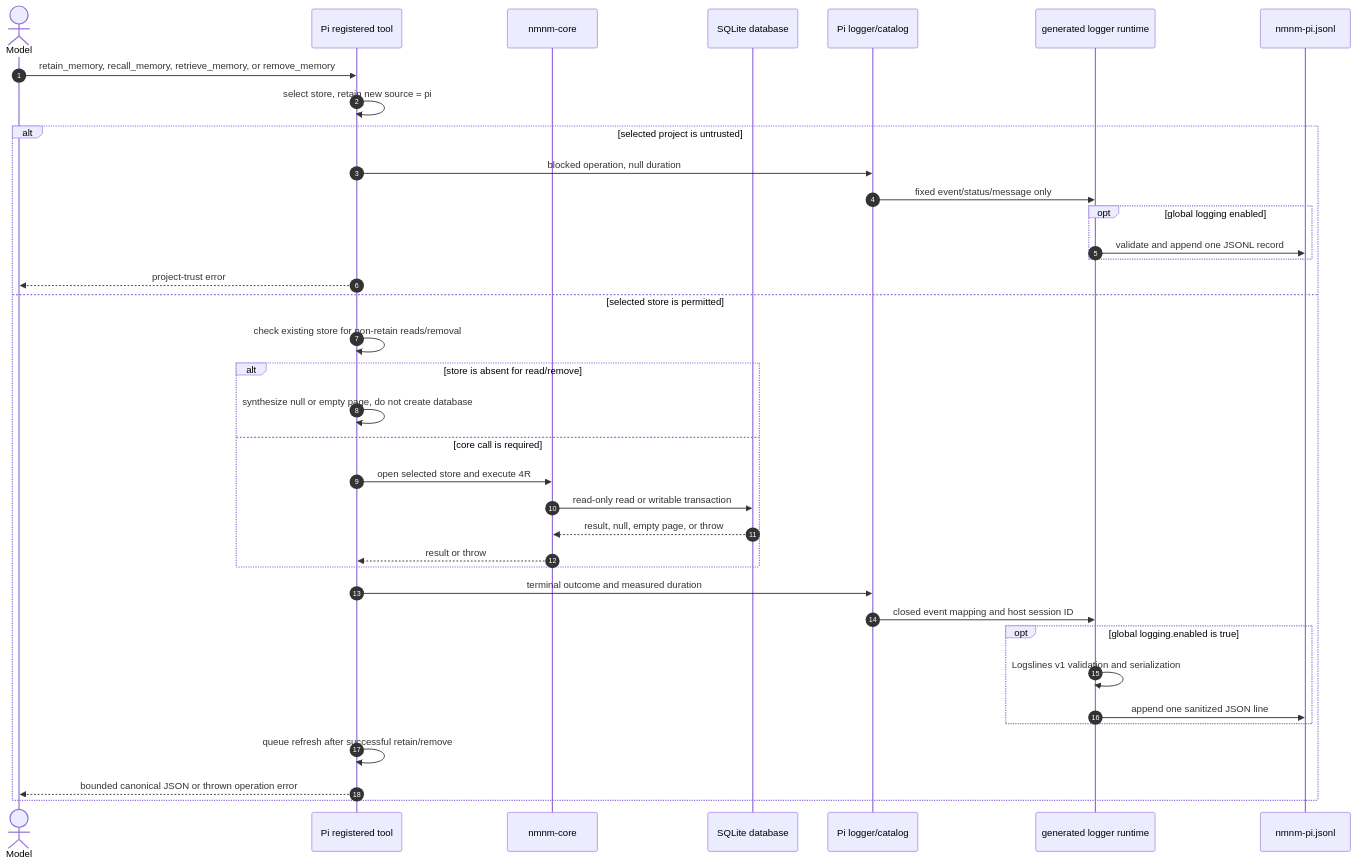
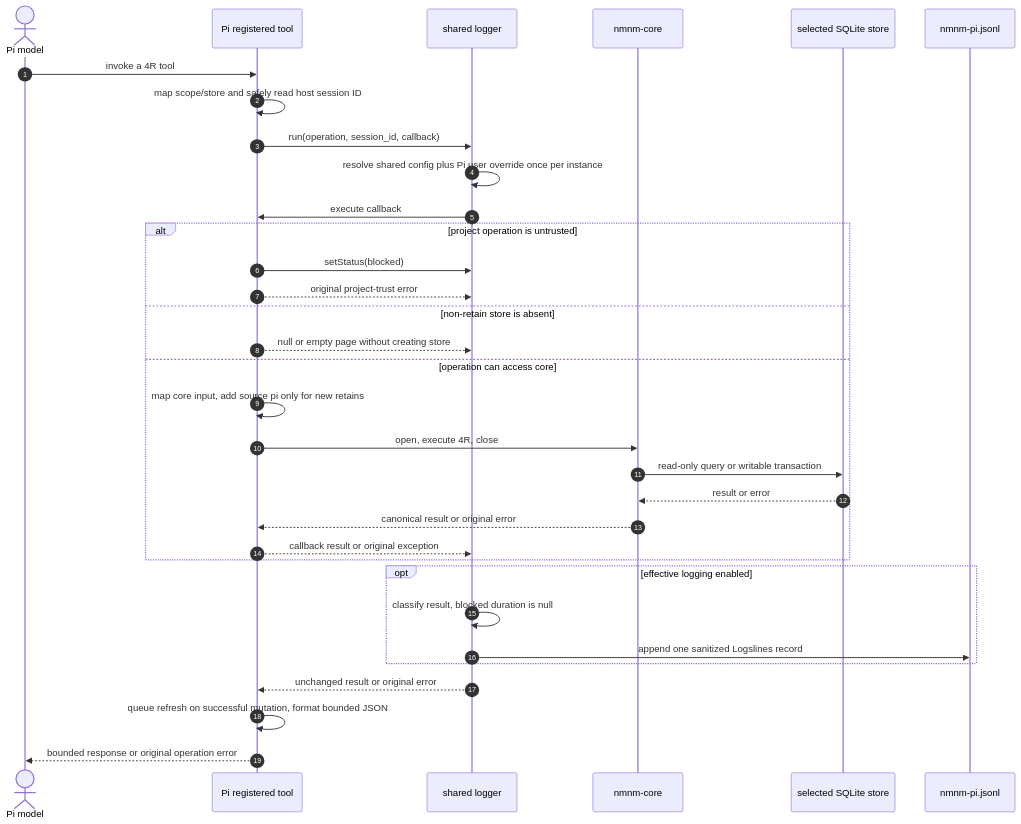
Before and after one commit to linellazatin/nanomneme: the third of 6 diagrams in docs/SEQUENCE_MEMORY_HANDLING.md, drawn with Mermaid. The commit also changed other lines of this file and 14 other files, not shown here.

````diff
--- a/docs/SEQUENCE_MEMORY_HANDLING.md
+++ b/docs/SEQUENCE_MEMORY_HANDLING.md
@@ -125,41 +122,36 @@
 ```mermaid
 sequenceDiagram
   autonumber
-  actor Model
+  actor Model as Pi model
   participant Tool as Pi registered tool
+  participant Logger as shared logger
   participant Core as nmnm-core
-  participant DB as SQLite database
-  participant Logger as Pi logger/catalog
-  participant Runtime as generated logger runtime
+  participant DB as selected SQLite store
   participant Log as nmnm-pi.jsonl
 
-  Model->>Tool: retain_memory, recall_memory, retrieve_memory, or remove_memory
-  Tool->>Tool: select store, retain new source = pi
-
-  alt selected project is untrusted
-    Tool->>Logger: blocked operation, null duration
-    Logger->>Runtime: fixed event/status/message only
-    opt global logging enabled
-      Runtime->>Log: validate and append one JSONL record
-    end
-    Tool-->>Model: project-trust error
-  else selected store is permitted
-    Tool->>Tool: check existing store for non-retain reads/removal
-    alt store is absent for read/remove
-      Tool->>Tool: synthesize null or empty page, do not create database
-    else core call is required
-      Tool->>Core: open selected store and execute 4R
-      Core->>DB: read-only read or writable transaction
-      DB-->>Core: result, null, empty page, or throw
-      Core-->>Tool: result or throw
-    end
-    Tool->>Logger: terminal outcome and measured duration
-    Logger->>Runtime: closed event mapping and host session ID
-    opt global logging.enabled is true
-      Runtime->>Runtime: Logslines v1 validation and serialization
-      Runtime->>Log: append one sanitized JSON line
-    end
-    Tool->>Tool: queue refresh after successful retain/remove
-    Tool-->>Model: bounded canonical JSON or thrown operation error
+  Model->>Tool: invoke a 4R tool
+  Tool->>Tool: map scope/store and safely read host session ID
+  Tool->>Logger: run(operation, session_id, callback)
+  Logger->>Logger: resolve shared config plus Pi user override once per instance
+  Logger->>Tool: execute callback
+  alt project operation is untrusted
+    Tool->>Logger: setStatus(blocked)
+    Tool-->>Logger: original project-trust error
+  else non-retain store is absent
+    Tool-->>Logger: null or empty page without creating store
+  else operation can access core
+    Tool->>Tool: map core input, add source pi only for new retains
+    Tool->>Core: open, execute 4R, close
+    Core->>DB: read-only query or writable transaction
+    DB-->>Core: result or error
+    Core-->>Tool: canonical result or original error
+    Tool-->>Logger: callback result or original exception
   end
+  opt effective logging enabled
+    Logger->>Logger: classify result, blocked duration is null
+    Logger->>Log: append one sanitized Logslines record
+  end
+  Logger-->>Tool: unchanged result or original error
+  Tool->>Tool: queue refresh on successful mutation, format bounded JSON
+  Tool-->>Model: bounded response or original operation error
 ```
````
